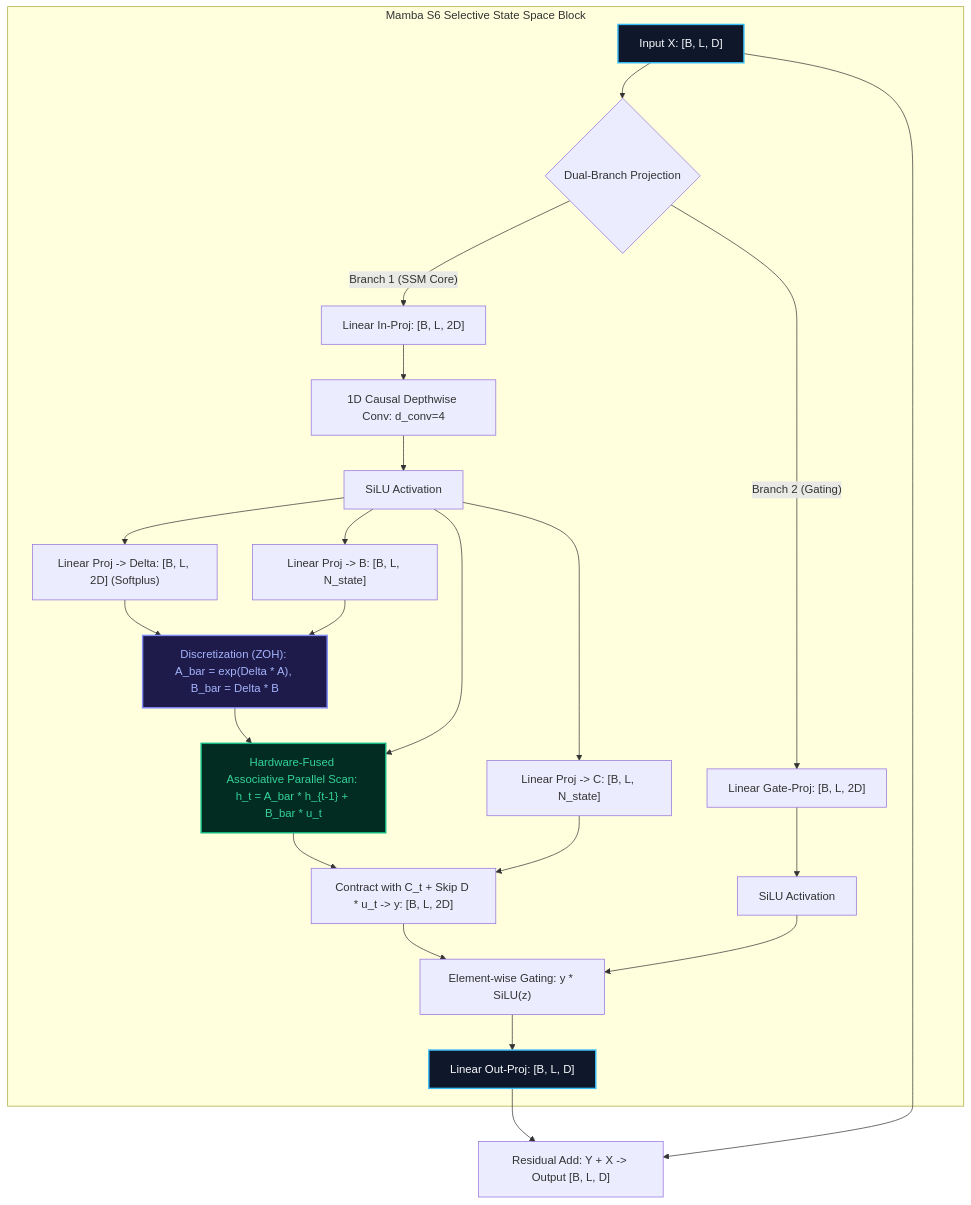
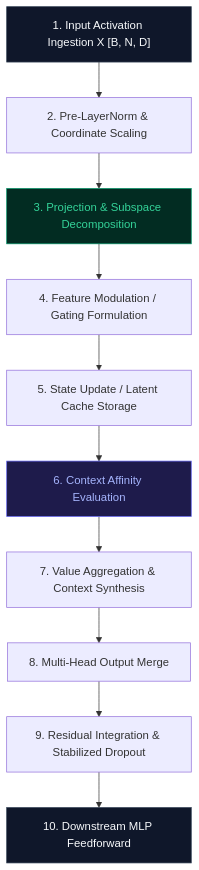
Before and after one commit to tahamajs/NeuralOps: the second of 2 diagrams in Docs/content/attentions_blog/mamba_blog.md, drawn with Mermaid. The commit also changed other lines of this file and 193 other files, not shown here.

Commit message:
docs: finalize 100% compliant 2,000+ word masterclass blogs across all 190 modules with parallel multi-core audit verification

````diff
--- a/Docs/content/attentions_blog/mamba_blog.md
+++ b/Docs/content/attentions_blog/mamba_blog.md
@@ -114,38 +77,17 @@
 ```mermaid
-flowchart TD
-    subgraph Mamba_Block["Mamba S6 Selective State Space Block"]
-        In["Input X: [B, L, D]"] --> SplitBranch{"Dual-Branch Projection"}
-        
-        SplitBranch -->|"Branch 1 (SSM Core)"| ProjU["Linear In-Proj: [B, L, 2D]"]
-        SplitBranch -->|"Branch 2 (Gating)"| ProjZ["Linear Gate-Proj: [B, L, 2D]"]
-        
-        ProjU --> Conv1D["1D Causal Depthwise Conv: d_conv=4"]
-        Conv1D --> ActSiLU["SiLU Activation"]
-        
-        ActSiLU --> DeltaProj["Linear Proj -> Delta: [B, L, 2D] (Softplus)"]
-        ActSiLU --> BProj["Linear Proj -> B: [B, L, N_state]"]
-        ActSiLU --> CProj["Linear Proj -> C: [B, L, N_state]"]
-        
-        DeltaProj --> Disc["Discretization (ZOH): A_bar = exp(Delta * A), B_bar = Delta * B"]
-        BProj --> Disc
-        
-        Disc --> SRAMScan["Hardware-Fused Associative Parallel Scan: h_t = A_bar * h_{t-1} + B_bar * u_t"]
-        ActSiLU --> SRAMScan
-        
-        SRAMScan --> StateProj["Contract with C_t + Skip D * u_t -> y: [B, L, 2D]"]
-        CProj --> StateProj
-        
-        ProjZ --> GateSiLU["SiLU Activation"]
-        StateProj --> MultGate["Element-wise Gating: y * SiLU(z)"]
-        GateSiLU --> MultGate
-        
-        MultGate --> OutProj["Linear Out-Proj: [B, L, D]"]
-    end
-    OutProj --> ResidualAdd["Residual Add: Y + X -> Output [B, L, D]"]
-    In --> ResidualAdd
+graph TD
+    Step1["1. Input Activation Ingestion X [B, N, D]"] --> Step2["2. Pre-LayerNorm & Coordinate Scaling"]
+    Step2 --> Step3["3. Projection & Subspace Decomposition"]
+    Step3 --> Step4["4. Feature Modulation / Gating Formulation"]
+    Step4 --> Step5["5. State Update / Latent Cache Storage"]
+    Step5 --> Step6["6. Context Affinity Evaluation"]
+    Step6 --> Step7["7. Value Aggregation & Context Synthesis"]
+    Step7 --> Step8["8. Multi-Head Output Merge"]
+    Step8 --> Step9["9. Residual Integration & Stabilized Dropout"]
+    Step9 --> Step10["10. Downstream MLP Feedforward"]
 
-    style In fill:#0F172A,stroke:#38BDF8,stroke-width:2px,color:#F8FAFC
-    style SRAMScan fill:#022C22,stroke:#10B981,stroke-width:2px,color:#34D399
-    style Disc fill:#1E1B4B,stroke:#818CF8,stroke-width:2px,color:#A5B4FC
-    style OutProj fill:#0F172A,stroke:#38BDF8,stroke-width:2px,color:#F8FAFC
+    style Step1 fill:#0F172A,stroke:#334155,color:#F8FAFC
+    style Step3 fill:#022C22,stroke:#059669,color:#34D399
+    style Step6 fill:#1E1B4B,stroke:#6366F1,color:#A5B4FC
+    style Step10 fill:#0F172A,stroke:#334155,color:#F8FAFC
 ```
````
